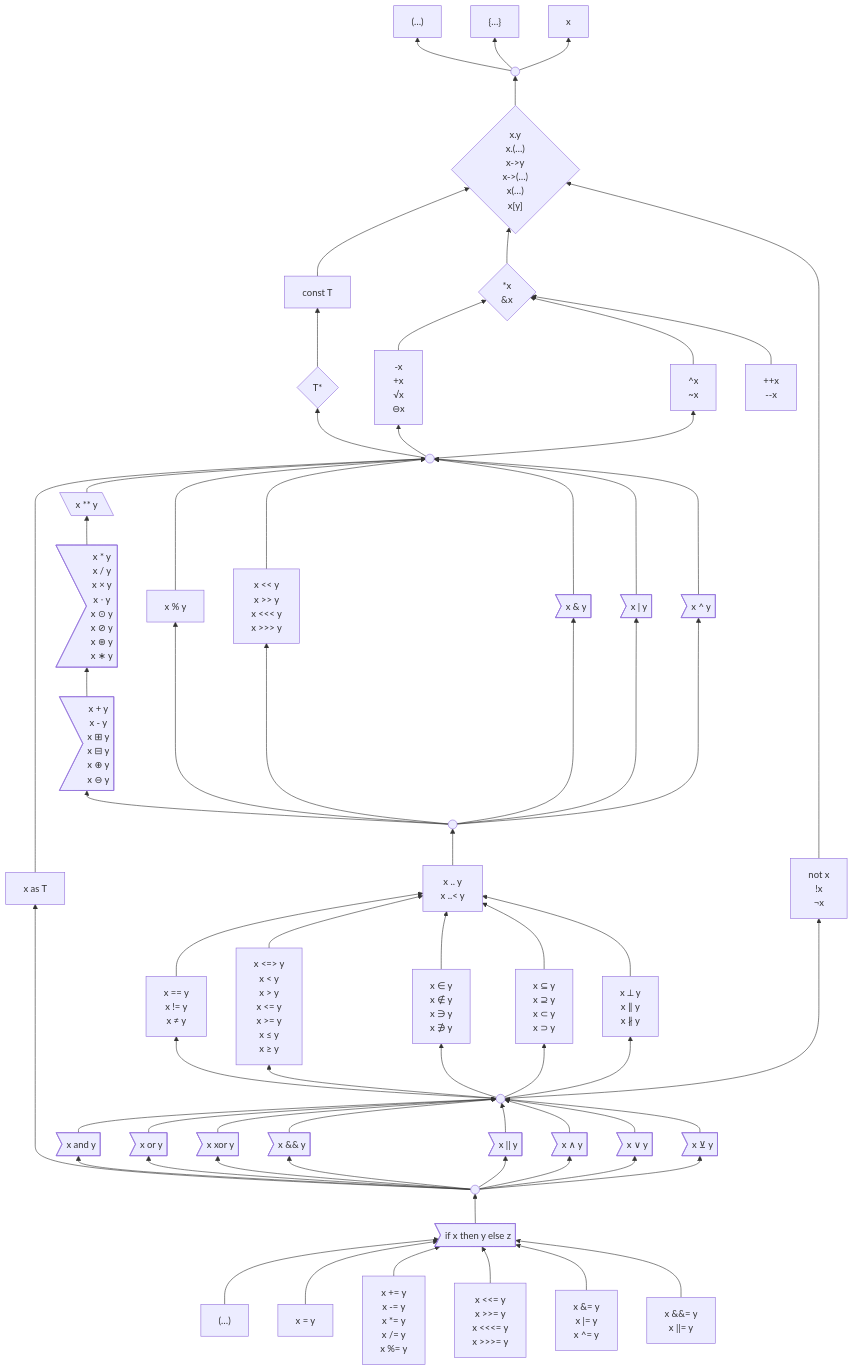
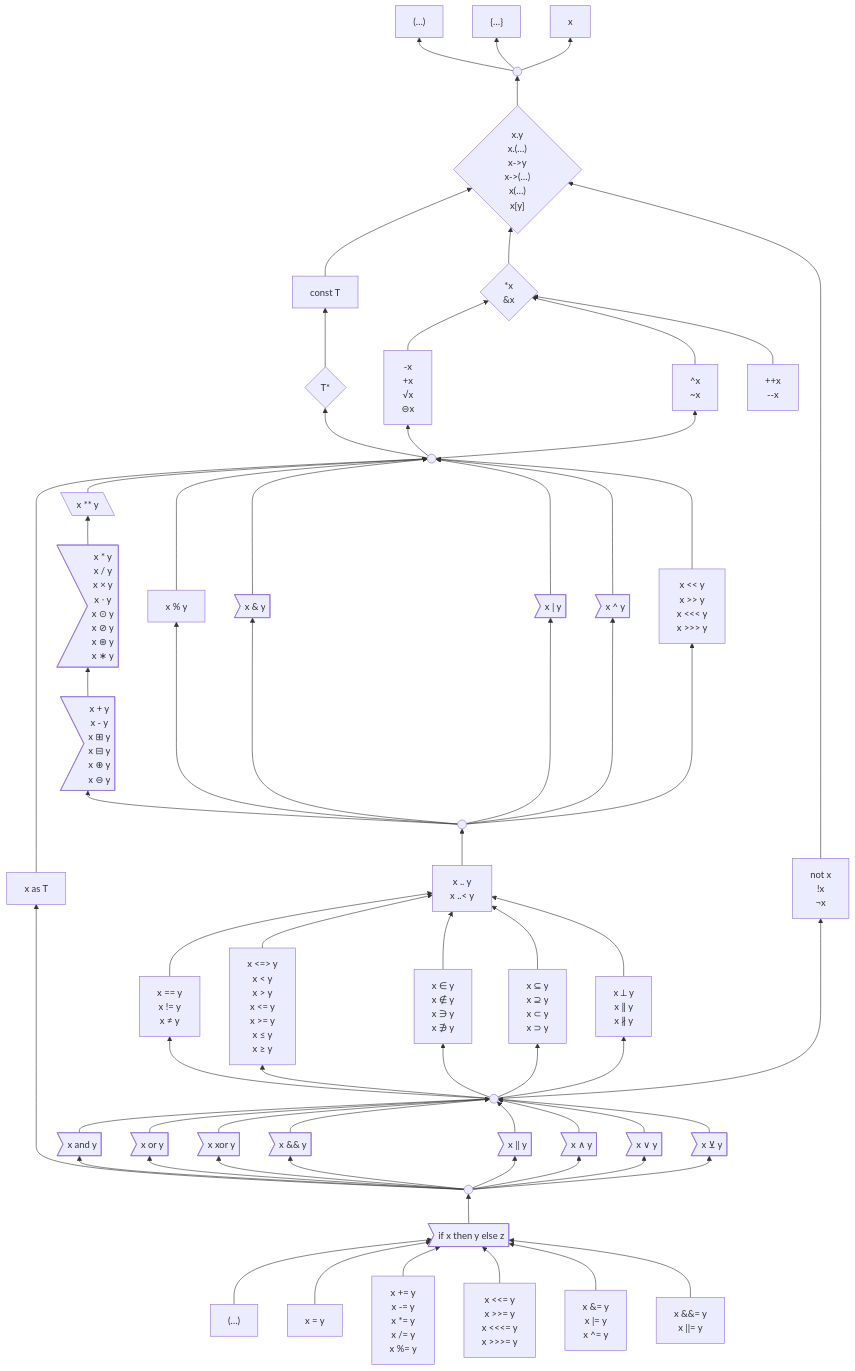
The first of 3 diagrams in 6 .../2 Unfinished Ideas.md (laro/Cilia), drawn with Mermaid before and after one commit.

Commit message:
Update 2 Unfinished Ideas.md

```diff
--- a/6 .../2 Unfinished Ideas.md
+++ b/6 .../2 Unfinished Ideas.md
@@ -199,10 +199,6 @@
     unary --> pointerType & prefixMath & complement
     unary((" "))
 
-
-    %% `as` at the same level as comparisons
-    as ------> unary
-    as["x as T"]
 
     power --> unary
     power[\"x ** y"\]
@@ -276,6 +272,9 @@
     logicalOperand((" "))
 
 
+    as ------> unary
+    as["x as T"]
+
     and & or & xor & andAmp & orAmp & andSym & orSym & xorSym --> logicalOperand
     and>"x and y"]
     or>"x or y"]
@@ -290,11 +289,11 @@
     logicalExpression --> and & or & xor & andAmp & orAmp & andSym & orSym & xorSym
     logicalExpression((" "))
 
-    if --> logicalExpression
-    if>"if x then y else z"]
+    ifThenElse --> logicalExpression
+    ifThenElse>"if x then y else z"]
 
 
-    insideParens & assignPlain & assignArithmetic & assignShift & assignBitwise & assignLogical --> if
+    insideParens & assignPlain & assignArithmetic & assignShift & assignBitwise & assignLogical --> ifThenElse
     insideParens["(…)"]
     assignPlain["x = y"]
     assignArithmetic["x += y
```
